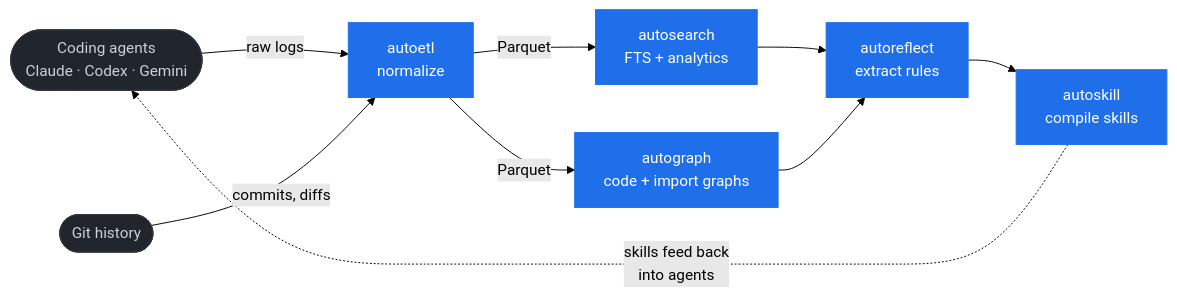
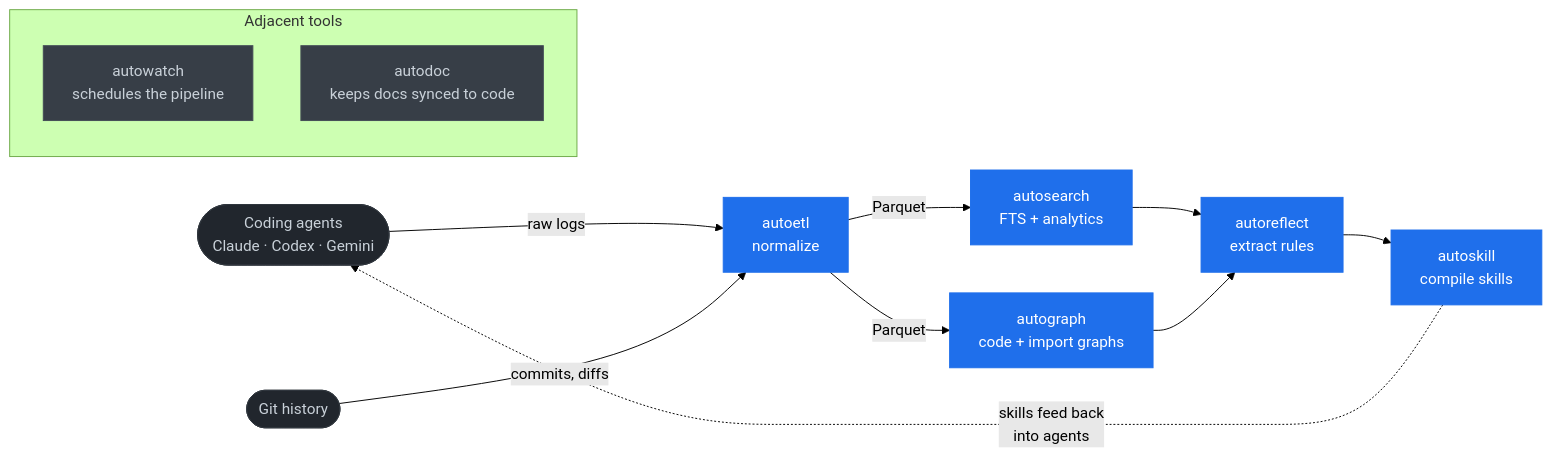
The first of 2 diagrams in README.md (mistakenot/auto-stack), drawn with Mermaid (forest theme) before and after one commit.

Commit message:
docs(readme): show autowatch and autodoc as adjacent tools in hero diagram
Group them in a separate subgraph rather than wiring them into the main
data flow — they support the pipeline but aren't part of it, and the
prior orchestration arrows implied a tighter coupling than actually
exists.

Session-Id: ab623175-de53-49dc-b0a8-15171827e953

````diff
--- a/README.md
+++ b/README.md
@@ -7,16 +7,23 @@
 ```mermaid
 flowchart LR
     Agents([Coding agents<br/>Claude · Codex · Gemini]) -->|raw logs| ETL[autoetl<br/>normalize]
     Git([Git history]) -->|commits, diffs| ETL
     ETL -->|Parquet| Search[autosearch<br/>FTS + analytics]
     ETL -->|Parquet| Graph[autograph<br/>code + import graphs]
     Search --> Reflect[autoreflect<br/>extract rules]
     Graph --> Reflect
     Reflect --> Skill[autoskill<br/>compile skills]
     Skill -.->|skills feed back<br/>into agents| Agents
 
+    subgraph adjacent [Adjacent tools]
+        Watch[autowatch<br/>schedules the pipeline]
+        Doc[autodoc<br/>keeps docs synced to code]
+    end
+
     classDef active fill:#1f6feb,stroke:#1f6feb,color:#fff;
+    classDef aux fill:#373e47,stroke:#444c56,color:#c9d1d9;
     classDef io fill:#21262d,stroke:#30363d,color:#c9d1d9;
     class ETL,Search,Graph,Reflect,Skill active;
+    class Watch,Doc aux;
     class Agents,Git io;
 ```
````
